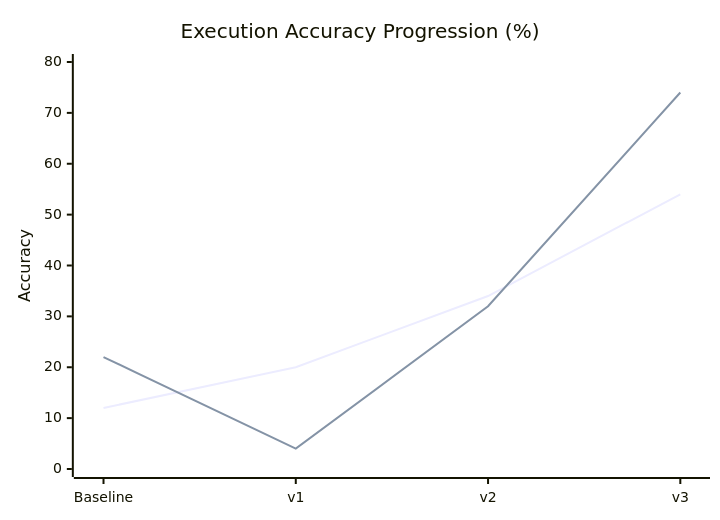
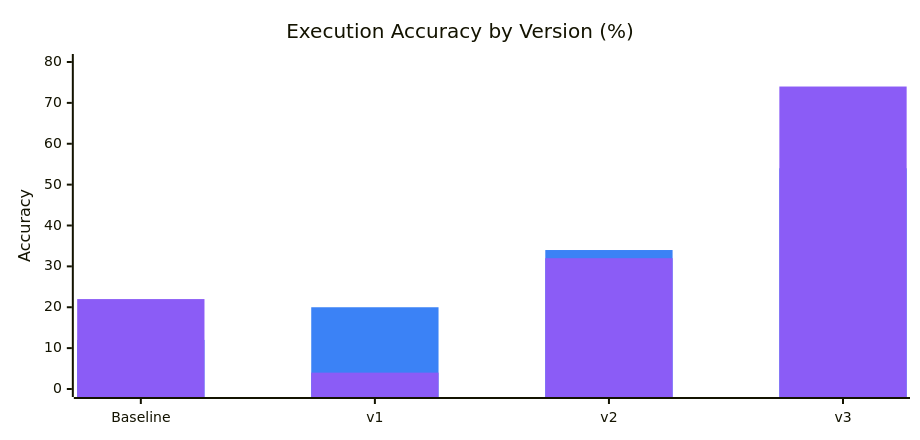
The first of 3 diagrams in docs/lora-v3-vs-all-versions-comparison.md (nayanjha16/CodeGen-Implementations-May_26), drawn with Mermaid before and after one commit. The commit also changed other lines of this file and 4 other files, not shown here.

````diff
--- a/docs/lora-v3-vs-all-versions-comparison.md
+++ b/docs/lora-v3-vs-all-versions-comparison.md
@@ -72,8 +70,18 @@
 ```mermaid
+---
+config:
+  xyChart:
+    showLegend: true
+    width: 900
+    height: 420
+  themeVariables:
+    xyChart:
+      plotColorPalette: "#3b82f6, #8b5cf6"
+---
 xychart-beta
-    title "Execution Accuracy Progression (%)"
+    title "Execution Accuracy by Version (%)"
     x-axis ["Baseline", "v1", "v2", "v3"]
     y-axis "Accuracy" 0 --> 80
-    line "Text2SQL" [12, 20, 34, 54]
-    line "SQL2NoSQL" [22, 4, 32, 74]
+    bar "Text2SQL" [12, 20, 34, 54]
+    bar "SQL2NoSQL" [22, 4, 32, 74]
 ```
````
